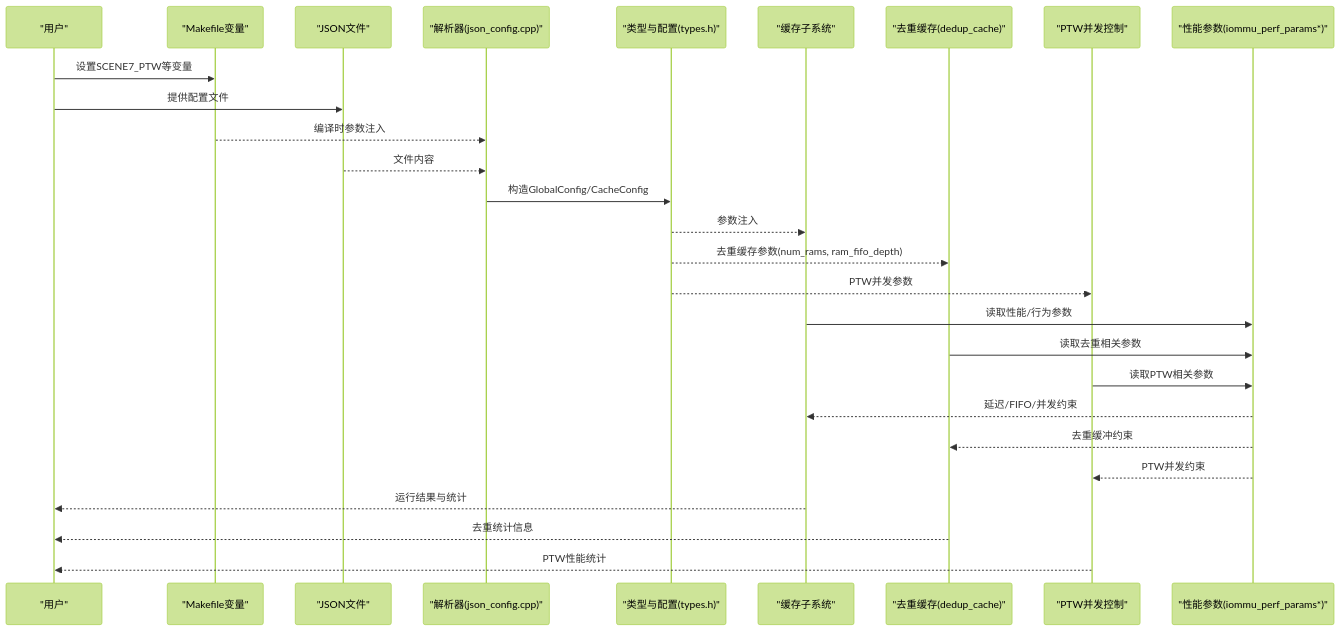
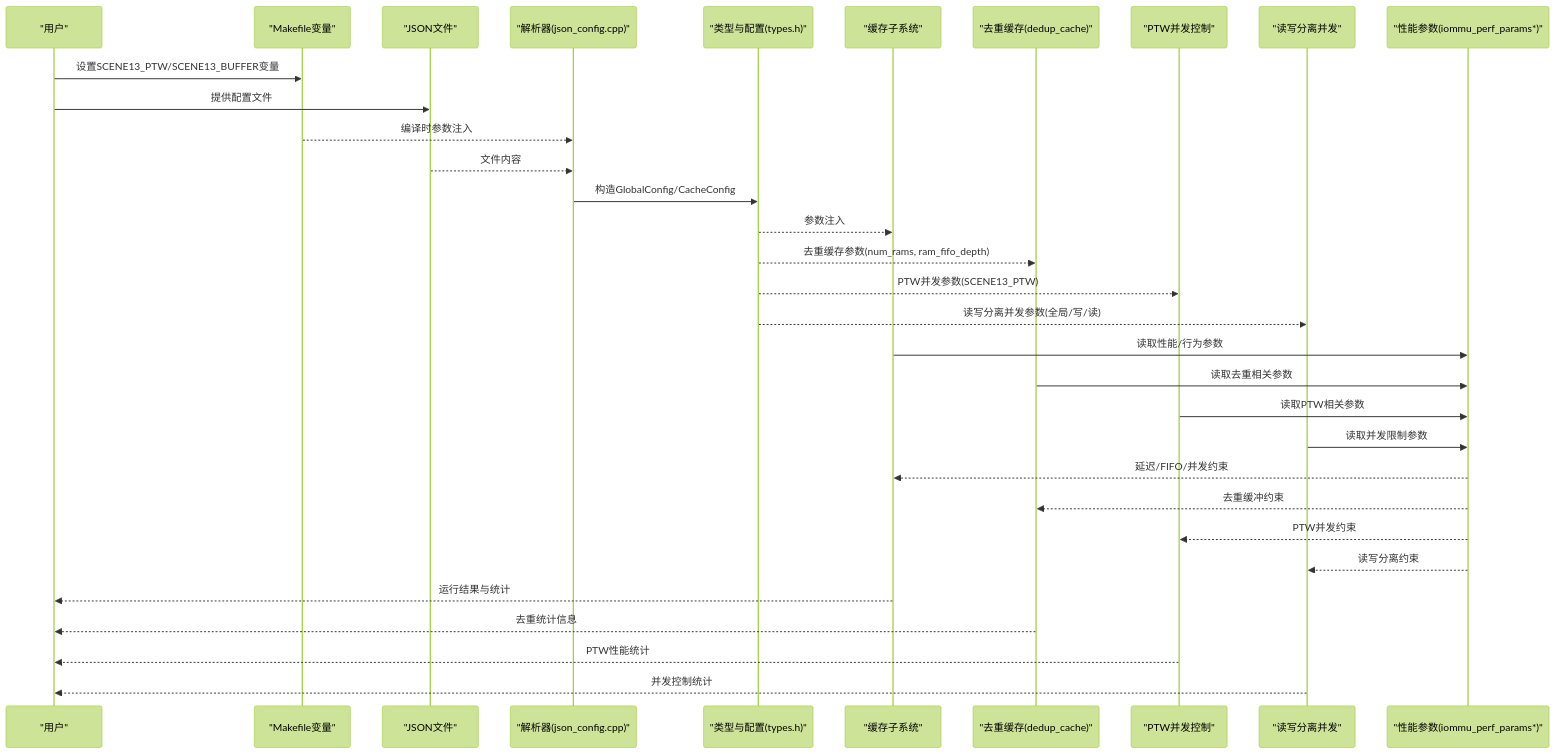
Before and after one commit to jiangjiang1122/iommu_model_20260401_v1: the second of 4 diagrams in .qoder/repowiki/zh/content/配置与参数/配置与参数.md, drawn with Mermaid (forest theme). The commit also changed other lines of this file and 159 other files, not shown here.

Commit message:
chore: 更新知识库文档 + 新增PTW并发分析图表与数据文件

````diff
--- a/.qoder/repowiki/zh/content/配置与参数/配置与参数.md
+++ b/.qoder/repowiki/zh/content/配置与参数/配置与参数.md
@@ -126,29 +138,34 @@
 ```mermaid
 sequenceDiagram
 participant U as "用户"
 participant M as "Makefile变量"
 participant J as "JSON文件"
 participant P as "解析器(json_config.cpp)"
 participant T as "类型与配置(types.h)"
 participant S as "缓存子系统"
 participant D as "去重缓存(dedup_cache)"
 participant W as "PTW并发控制"
+participant R as "读写分离并发"
 participant PF as "性能参数(iommu_perf_params*)"
-U->>M : 设置SCENE7_PTW等变量
+U->>M : 设置SCENE13_PTW/SCENE13_BUFFER变量
 U->>J : 提供配置文件
 M-->>P : 编译时参数注入
 J-->>P : 文件内容
 P->>T : 构造GlobalConfig/CacheConfig
 T-->>S : 参数注入
 T-->>D : 去重缓存参数(num_rams, ram_fifo_depth)
-T-->>W : PTW并发参数
+T-->>W : PTW并发参数(SCENE13_PTW)
+T-->>R : 读写分离并发参数(全局/写/读)
 S->>PF : 读取性能/行为参数
 D->>PF : 读取去重相关参数
 W->>PF : 读取PTW相关参数
+R->>PF : 读取并发限制参数
 PF-->>S : 延迟/FIFO/并发约束
 PF-->>D : 去重缓冲约束
 PF-->>W : PTW并发约束
+PF-->>R : 读写分离约束
 S-->>U : 运行结果与统计
 D-->>U : 去重统计信息
 W-->>U : PTW性能统计
+R-->>U : 并发控制统计
 ```
````
